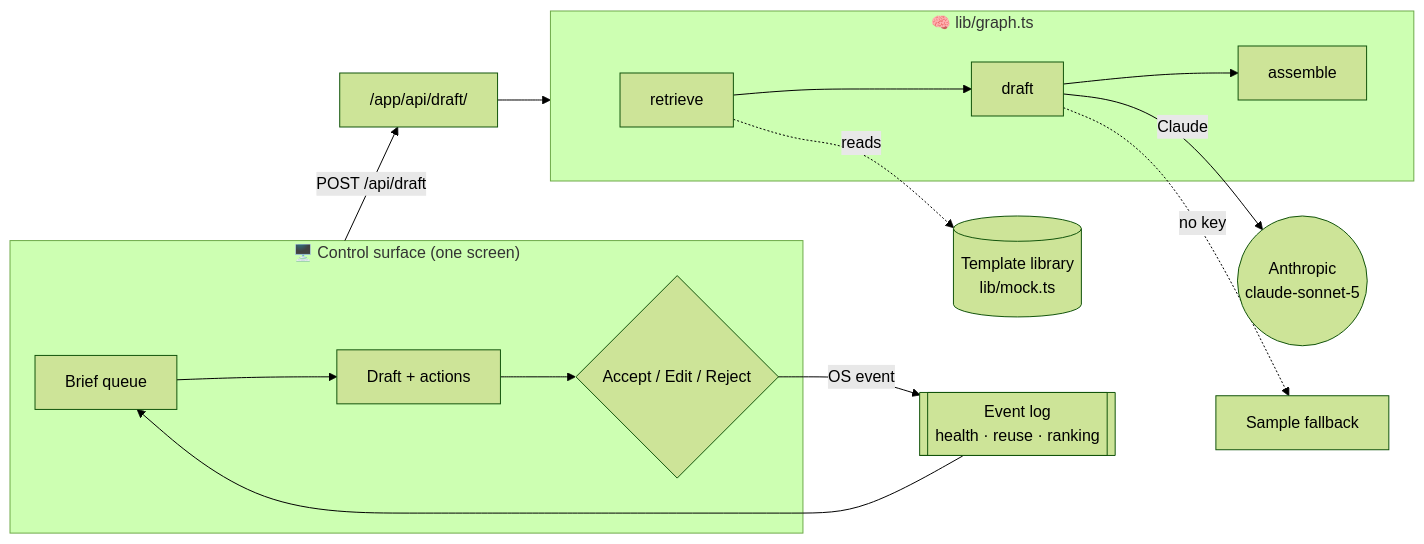
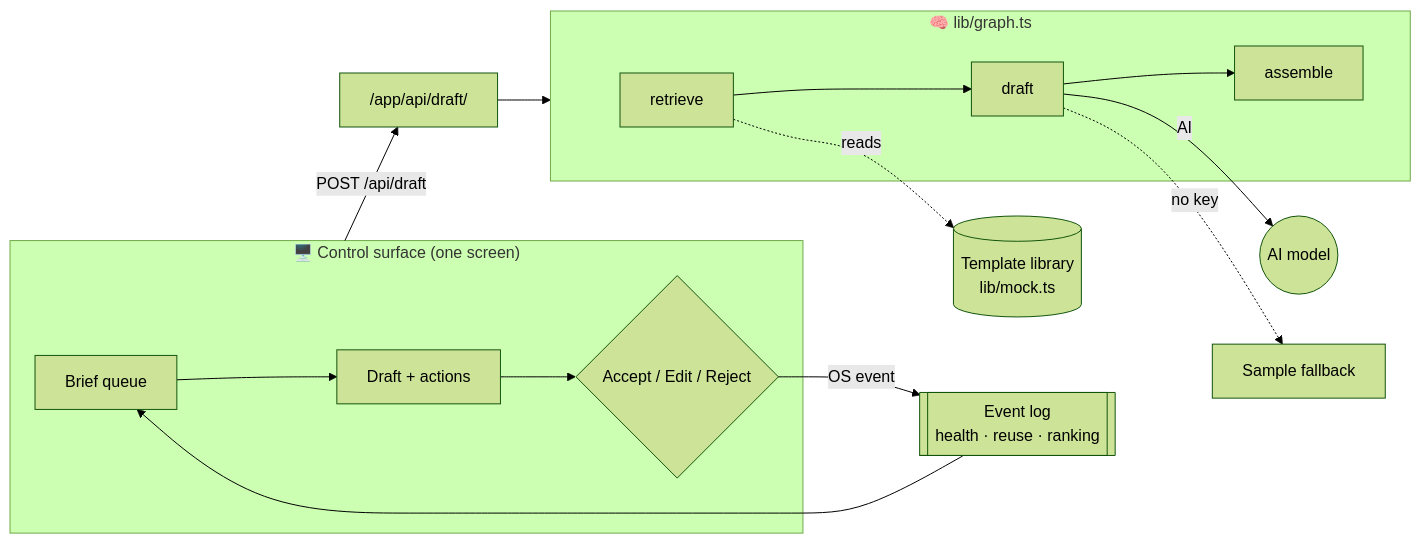
One commit to anupsahoo/revenueos changed the first of 3 diagrams in README.md. Above: the diagram before and after it, drawn with Mermaid (forest theme). The commit also changed other lines of this file and 7 other files, not shown here.

````diff
--- a/README.md
+++ b/README.md
@@ -59,17 +59,17 @@
 ```mermaid
 flowchart LR
   subgraph B["🖥️ Control surface (one screen)"]
     Q["Brief queue"] --> D["Draft + actions"]
     D --> DEC{"Accept / Edit / Reject"}
   end
   B -- "POST /api/draft" --> API["/app/api/draft/"]
   API --> G[["LangGraph agent"]]
   subgraph G["🧠 lib/graph.ts"]
     RET["retrieve"] --> DR["draft"] --> ASM["assemble"]
   end
   RET -. reads .-> LIB[("Template library<br/>lib/mock.ts")]
-  DR -->|Claude| LLM(("Anthropic<br/>claude-sonnet-5"))
+  DR -->|AI| LLM(("AI model"))
   DR -. no key .-> FB["Sample fallback"]
   DEC -->|OS event| EV[["Event log<br/>health · reuse · ranking"]]
   EV --> Q
 ```
````
